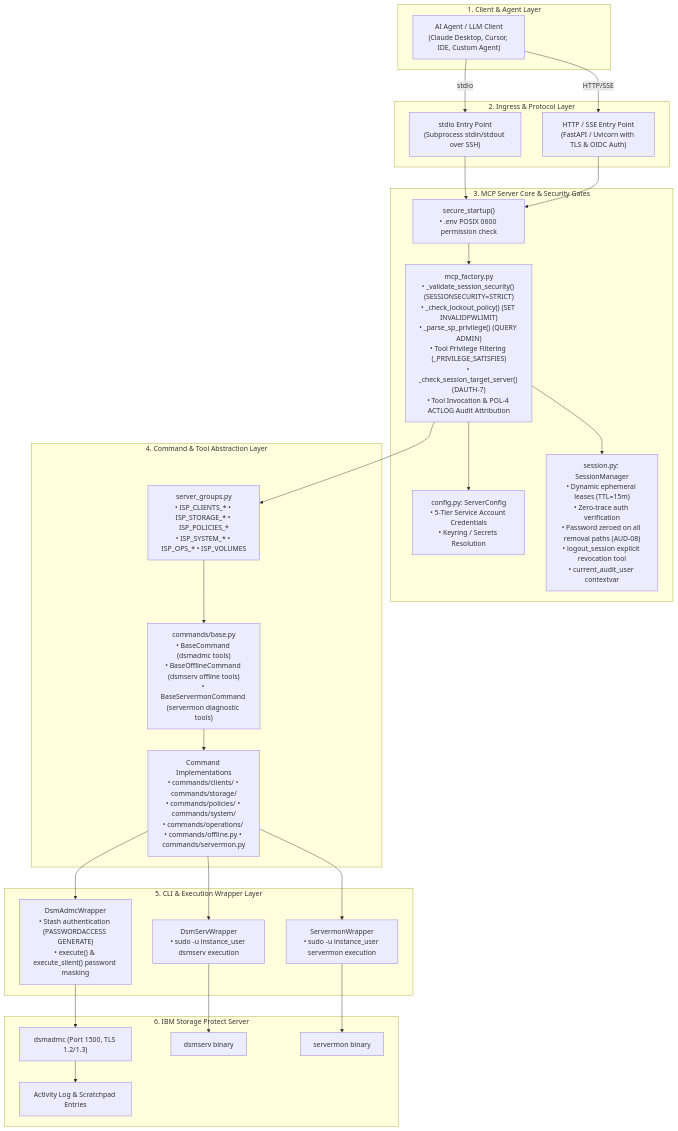
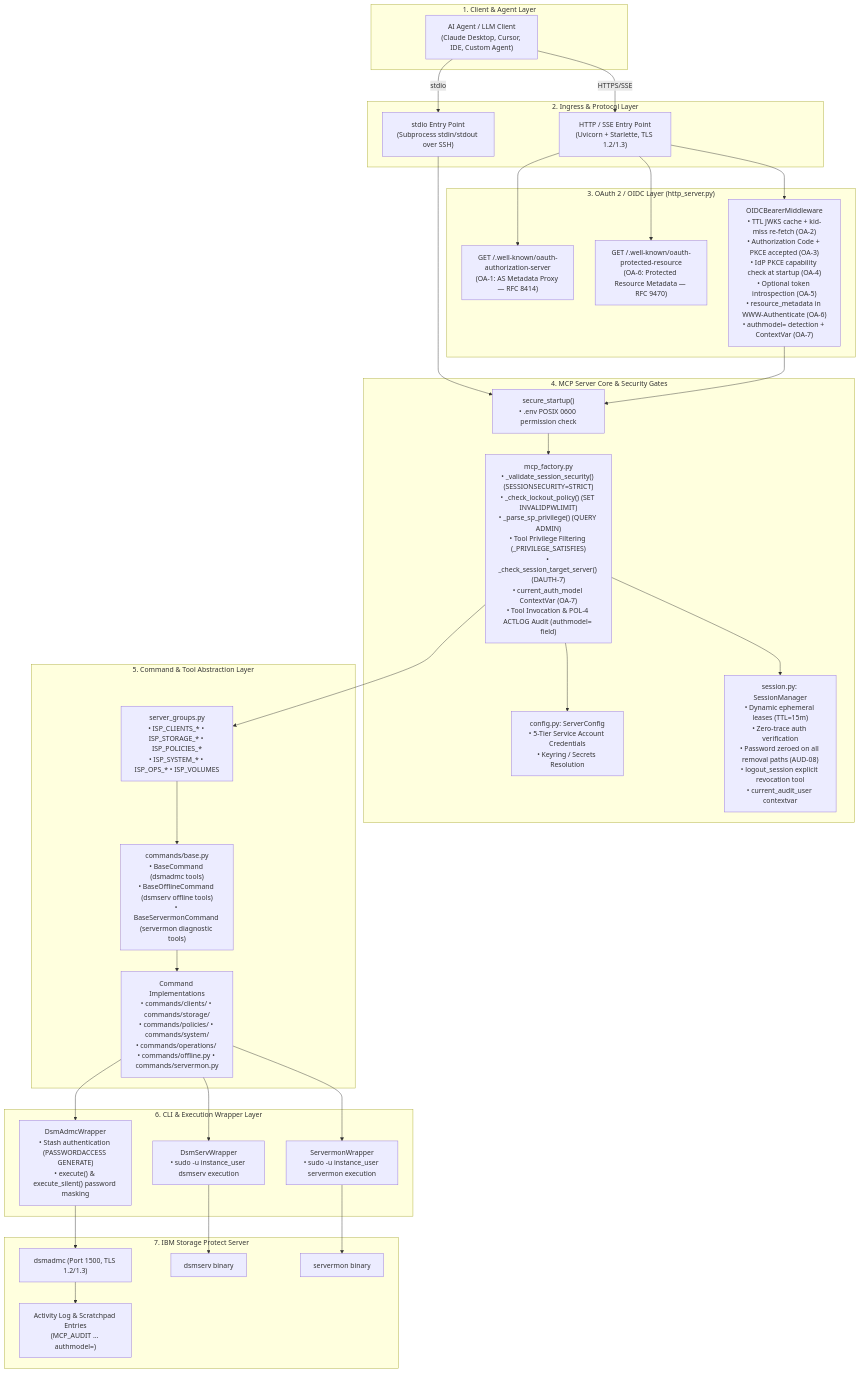
One commit to IBM/storage-protect-mcp-server changed the first of 6 diagrams in docs/architecture/architecture.md. Above: the diagram before and after it, drawn with Mermaid. The commit also changed other lines of this file and 35 other files, not shown here.

First line of the commit message:
Add support for OAuth 2 & OIDC bearer authentication

````diff
--- a/docs/architecture/architecture.md
+++ b/docs/architecture/architecture.md
@@ -53,55 +53,64 @@
 ```mermaid
 graph TD
     subgraph ClientTier ["1. Client & Agent Layer"]
         AGENT["AI Agent / LLM Client\n(Claude Desktop, Cursor, IDE, Custom Agent)"]
     end
 
     subgraph IngressTier ["2. Ingress & Protocol Layer"]
         STDIO_EP["stdio Entry Point\n(Subprocess stdin/stdout over SSH)"]
-        HTTP_EP["HTTP / SSE Entry Point\n(FastAPI / Uvicorn with TLS & OIDC Auth)"]
+        HTTP_EP["HTTP / SSE Entry Point\n(Uvicorn + Starlette, TLS 1.2/1.3)"]
     end
 
-    subgraph CoreTier ["3. MCP Server Core & Security Gates"]
+    subgraph OAuthTier ["3. OAuth 2 / OIDC Layer (http_server.py)"]
+        WK1["GET /.well-known/oauth-authorization-server\n(OA-1: AS Metadata Proxy — RFC 8414)"]
+        WK2["GET /.well-known/oauth-protected-resource\n(OA-6: Protected Resource Metadata — RFC 9470)"]
+        OIDC_MW["OIDCBearerMiddleware\n• TTL JWKS cache + kid-miss re-fetch (OA-2)\n• Authorization Code + PKCE accepted (OA-3)\n• IdP PKCE capability check at startup (OA-4)\n• Optional token introspection (OA-5)\n• resource_metadata in WWW-Authenticate (OA-6)\n• authmodel= detection + ContextVar (OA-7)"]
+    end
+
+    subgraph CoreTier ["4. MCP Server Core & Security Gates"]
         SEC_START["secure_startup()\n• .env POSIX 0600 permission check"]
         CONFIG_MGR["config.py: ServerConfig\n• 5-Tier Service Account Credentials\n• Keyring / Secrets Resolution"]
         SESS_MGR["session.py: SessionManager\n• Dynamic ephemeral leases (TTL=15m)\n• Zero-trace auth verification\n• Password zeroed on all removal paths (AUD-08)\n• logout_session explicit revocation tool\n• current_audit_user contextvar"]
-        FACTORY["mcp_factory.py\n• _validate_session_security() (SESSIONSECURITY=STRICT)\n• _check_lockout_policy() (SET INVALIDPWLIMIT)\n• _parse_sp_privilege() (QUERY ADMIN)\n• Tool Privilege Filtering (_PRIVILEGE_SATISFIES)\n• _check_session_target_server() (DAUTH-7)\n• Tool Invocation & POL-4 ACTLOG Audit Attribution"]
+        FACTORY["mcp_factory.py\n• _validate_session_security() (SESSIONSECURITY=STRICT)\n• _check_lockout_policy() (SET INVALIDPWLIMIT)\n• _parse_sp_privilege() (QUERY ADMIN)\n• Tool Privilege Filtering (_PRIVILEGE_SATISFIES)\n• _check_session_target_server() (DAUTH-7)\n• current_auth_model ContextVar (OA-7)\n• Tool Invocation & POL-4 ACTLOG Audit (authmodel= field)"]
     end
 
-    subgraph ModuleTier ["4. Command & Tool Abstraction Layer"]
+    subgraph ModuleTier ["5. Command & Tool Abstraction Layer"]
         GROUPS["server_groups.py\n• ISP_CLIENTS_* • ISP_STORAGE_* • ISP_POLICIES_*\n• ISP_SYSTEM_* • ISP_OPS_* • ISP_VOLUMES"]
         BASE_CMD["commands/base.py\n• BaseCommand (dsmadmc tools)\n• BaseOfflineCommand (dsmserv offline tools)\n• BaseServermonCommand (servermon diagnostic tools)"]
         IMPL_CMD["Command Implementations\n• commands/clients/ • commands/storage/\n• commands/policies/ • commands/system/\n• commands/operations/ • commands/offline.py • commands/servermon.py"]
     end
 
-    subgraph WrapperTier ["5. CLI & Execution Wrapper Layer"]
+    subgraph WrapperTier ["6. CLI & Execution Wrapper Layer"]
         ADMC_WRAP["DsmAdmcWrapper\n• Stash authentication (PASSWORDACCESS GENERATE)\n• execute() & execute_silent() password masking"]
         SERV_WRAP["DsmServWrapper\n• sudo -u instance_user dsmserv execution"]
         MON_WRAP["ServermonWrapper\n• sudo -u instance_user servermon execution"]
     end
 
-    subgraph StorageProtectTier ["6. IBM Storage Protect Server"]
+    subgraph StorageProtectTier ["7. IBM Storage Protect Server"]
         DSMADMC["dsmadmc (Port 1500, TLS 1.2/1.3)"]
         DSMSERV["dsmserv binary"]
         SERVERMON["servermon binary"]
-        ACTLOG["Activity Log & Scratchpad Entries"]
+        ACTLOG["Activity Log & Scratchpad Entries\n(MCP_AUDIT … authmodel=<label>)"]
     end
 
     AGENT -->|stdio| STDIO_EP
-    AGENT -->|HTTP/SSE| HTTP_EP
+    AGENT -->|HTTPS/SSE| HTTP_EP
+    HTTP_EP --> WK1
+    HTTP_EP --> WK2
+    HTTP_EP --> OIDC_MW
     STDIO_EP --> SEC_START
-    HTTP_EP --> SEC_START
+    OIDC_MW --> SEC_START
     SEC_START --> FACTORY
     FACTORY --> SESS_MGR
     FACTORY --> CONFIG_MGR
     FACTORY --> GROUPS
     GROUPS --> BASE_CMD
     BASE_CMD --> IMPL_CMD
     IMPL_CMD --> ADMC_WRAP
     IMPL_CMD --> SERV_WRAP
     IMPL_CMD --> MON_WRAP
     ADMC_WRAP --> DSMADMC
     SERV_WRAP --> DSMSERV
     MON_WRAP --> SERVERMON
     DSMADMC --> ACTLOG
 ```
````
